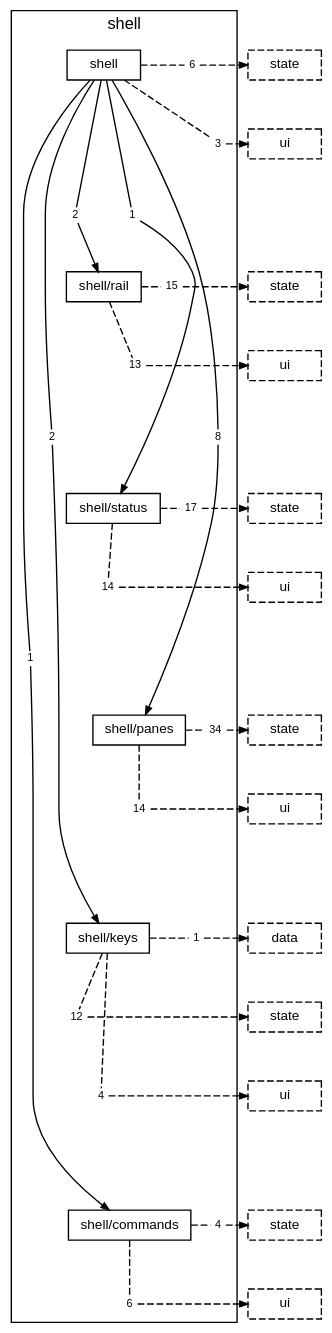
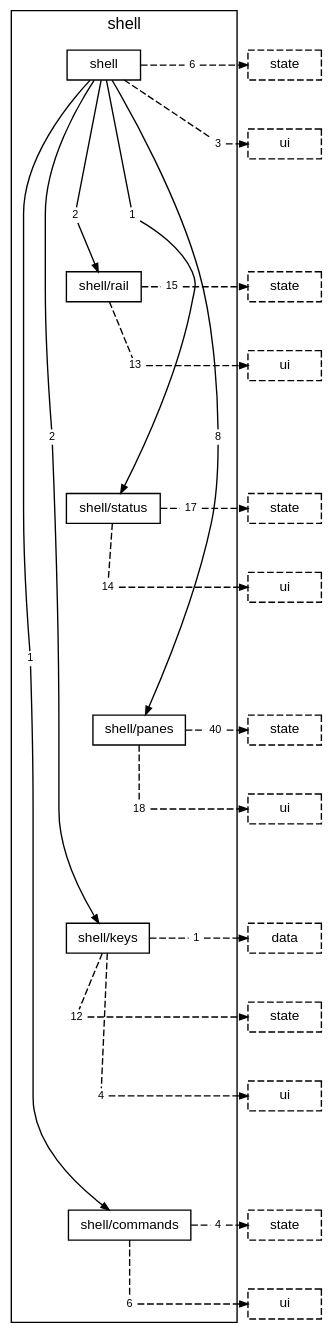
The diagram in docs/diagrams/layer-shell.dot (TheAxeC/oculus), drawn with Graphviz before and after one commit. The commit also changed 169 other files, not shown here.

```diff
--- a/docs/diagrams/layer-shell.dot
+++ b/docs/diagrams/layer-shell.dot
@@ -1,99 +1,99 @@
 digraph layer_shell {
-    graph [bgcolor="transparent", rankdir=TB, newrank=true, fontname="Helvetica,Arial,sans-serif", fontsize=12, nodesep=0.2, ranksep=0.5];
+    graph [bgcolor="transparent", rankdir=TB, newrank=true, mclimit=4, fontname="Helvetica,Arial,sans-serif", fontsize=12, nodesep=0.2, ranksep=0.5];
     node [shape=box, color="black", fontcolor="black", fontname="Helvetica,Arial,sans-serif", fontsize=10, height=0.3, margin="0.12,0.04"];
     edge [color="black", fontcolor="black", fontname="Helvetica,Arial,sans-serif", fontsize=8, arrowsize=0.6];
     subgraph "cluster_shell" {
         label="shell"; style=solid;
         "folder shell" [label="shell"];
         "folder shell/rail" [label="shell/rail"];
         "folder shell/status" [label="shell/status"];
         "folder shell/panes" [label="shell/panes"];
         "folder shell/keys" [label="shell/keys"];
         "folder shell/commands" [label="shell/commands"];
         "folder shell to folder shell/commands" [label="1", shape=box, color="transparent", fontsize=8, width=0, height=0, margin="0.04,0.02"];
         "folder shell to folder shell/keys" [label="2", shape=box, color="transparent", fontsize=8, width=0, height=0, margin="0.04,0.02"];
         "folder shell to folder shell/panes" [label="8", shape=box, color="transparent", fontsize=8, width=0, height=0, margin="0.04,0.02"];
         "folder shell to folder shell/rail" [label="2", shape=box, color="transparent", fontsize=8, width=0, height=0, margin="0.04,0.02"];
         "folder shell to folder shell/status" [label="1", shape=box, color="transparent", fontsize=8, width=0, height=0, margin="0.04,0.02"];
         "folder shell to layer state" [label="6", shape=box, color="transparent", fontsize=8, width=0, height=0, margin="0.04,0.02"];
         "folder shell to layer ui" [label="3", shape=box, color="transparent", fontsize=8, width=0, height=0, margin="0.04,0.02"];
         "folder shell/rail to layer state" [label="15", shape=box, color="transparent", fontsize=8, width=0, height=0, margin="0.04,0.02"];
         "folder shell/rail to layer ui" [label="13", shape=box, color="transparent", fontsize=8, width=0, height=0, margin="0.04,0.02"];
         "folder shell/status to layer state" [label="17", shape=box, color="transparent", fontsize=8, width=0, height=0, margin="0.04,0.02"];
         "folder shell/status to layer ui" [label="14", shape=box, color="transparent", fontsize=8, width=0, height=0, margin="0.04,0.02"];
-        "folder shell/panes to layer state" [label="34", shape=box, color="transparent", fontsize=8, width=0, height=0, margin="0.04,0.02"];
-        "folder shell/panes to layer ui" [label="14", shape=box, color="transparent", fontsize=8, width=0, height=0, margin="0.04,0.02"];
+        "folder shell/panes to layer state" [label="40", shape=box, color="transparent", fontsize=8, width=0, height=0, margin="0.04,0.02"];
+        "folder shell/panes to layer ui" [label="18", shape=box, color="transparent", fontsize=8, width=0, height=0, margin="0.04,0.02"];
         "folder shell/keys to layer data" [label="1", shape=box, color="transparent", fontsize=8, width=0, height=0, margin="0.04,0.02"];
         "folder shell/keys to layer state" [label="12", shape=box, color="transparent", fontsize=8, width=0, height=0, margin="0.04,0.02"];
         "folder shell/keys to layer ui" [label="4", shape=box, color="transparent", fontsize=8, width=0, height=0, margin="0.04,0.02"];
         "folder shell/commands to layer state" [label="4", shape=box, color="transparent", fontsize=8, width=0, height=0, margin="0.04,0.02"];
         "folder shell/commands to layer ui" [label="6", shape=box, color="transparent", fontsize=8, width=0, height=0, margin="0.04,0.02"];
     }
     "layer state from folder shell" [label="state", style=dashed];
     "layer ui from folder shell" [label="ui", style=dashed];
     "layer state from folder shell/rail" [label="state", style=dashed];
     "layer ui from folder shell/rail" [label="ui", style=dashed];
     "layer state from folder shell/status" [label="state", style=dashed];
     "layer ui from folder shell/status" [label="ui", style=dashed];
     "layer state from folder shell/panes" [label="state", style=dashed];
     "layer ui from folder shell/panes" [label="ui", style=dashed];
     "layer data from folder shell/keys" [label="data", style=dashed];
     "layer state from folder shell/keys" [label="state", style=dashed];
     "layer ui from folder shell/keys" [label="ui", style=dashed];
     "layer state from folder shell/commands" [label="state", style=dashed];
     "layer ui from folder shell/commands" [label="ui", style=dashed];
     "folder shell" -> "folder shell/rail" [style=invis, weight=10, minlen=3];
     "folder shell/rail" -> "folder shell/status" [style=invis, weight=10, minlen=3];
     "folder shell/status" -> "folder shell/panes" [style=invis, weight=10, minlen=3];
     "folder shell/panes" -> "folder shell/keys" [style=invis, weight=10, minlen=3];
     "folder shell/keys" -> "folder shell/commands" [style=invis, weight=10, minlen=4];
     "folder shell" -> "folder shell to folder shell/commands" [arrowhead=none, minlen=8, weight=10];
     "folder shell to folder shell/commands" -> "folder shell/commands" [];
     "folder shell" -> "folder shell to folder shell/keys" [arrowhead=none, minlen=5, weight=10];
     "folder shell to folder shell/keys" -> "folder shell/keys" [];
     "folder shell" -> "folder shell to folder shell/panes" [arrowhead=none, minlen=5, weight=10];
     "folder shell to folder shell/panes" -> "folder shell/panes" [];
     "folder shell" -> "folder shell to folder shell/rail" [arrowhead=none, minlen=2, weight=10];
     "folder shell to folder shell/rail" -> "folder shell/rail" [];
     "folder shell" -> "folder shell to folder shell/status" [arrowhead=none, minlen=2, weight=10];
     "folder shell to folder shell/status" -> "folder shell/status" [];
     "folder shell" -> "folder shell to layer state" [arrowhead=none, style=dashed];
     "folder shell to layer state" -> "layer state from folder shell" [style=dashed];
     { rank=same; "folder shell"; "folder shell to layer state"; "layer state from folder shell"; }
     "folder shell" -> "folder shell to layer ui" [arrowhead=none, style=dashed, minlen=1, weight=10];
     "folder shell to layer ui" -> "layer ui from folder shell" [style=dashed];
     { rank=same; "folder shell to layer ui"; "layer ui from folder shell"; }
     "folder shell/rail" -> "folder shell/rail to layer state" [arrowhead=none, style=dashed];
     "folder shell/rail to layer state" -> "layer state from folder shell/rail" [style=dashed];
     { rank=same; "folder shell/rail"; "folder shell/rail to layer state"; "layer state from folder shell/rail"; }
     "folder shell/rail" -> "folder shell/rail to layer ui" [arrowhead=none, style=dashed, minlen=1, weight=10];
     "folder shell/rail to layer ui" -> "layer ui from folder shell/rail" [style=dashed];
     { rank=same; "folder shell/rail to layer ui"; "layer ui from folder shell/rail"; }
     "folder shell/status" -> "folder shell/status to layer state" [arrowhead=none, style=dashed];
     "folder shell/status to layer state" -> "layer state from folder shell/status" [style=dashed];
     { rank=same; "folder shell/status"; "folder shell/status to layer state"; "layer state from folder shell/status"; }
     "folder shell/status" -> "folder shell/status to layer ui" [arrowhead=none, style=dashed, minlen=1, weight=10];
     "folder shell/status to layer ui" -> "layer ui from folder shell/status" [style=dashed];
     { rank=same; "folder shell/status to layer ui"; "layer ui from folder shell/status"; }
     "folder shell/panes" -> "folder shell/panes to layer state" [arrowhead=none, style=dashed];
     "folder shell/panes to layer state" -> "layer state from folder shell/panes" [style=dashed];
     { rank=same; "folder shell/panes"; "folder shell/panes to layer state"; "layer state from folder shell/panes"; }
     "folder shell/panes" -> "folder shell/panes to layer ui" [arrowhead=none, style=dashed, minlen=1, weight=10];
     "folder shell/panes to layer ui" -> "layer ui from folder shell/panes" [style=dashed];
     { rank=same; "folder shell/panes to layer ui"; "layer ui from folder shell/panes"; }
     "folder shell/keys" -> "folder shell/keys to layer data" [arrowhead=none, style=dashed];
     "folder shell/keys to layer data" -> "layer data from folder shell/keys" [style=dashed];
     { rank=same; "folder shell/keys"; "folder shell/keys to layer data"; "layer data from folder shell/keys"; }
     "folder shell/keys" -> "folder shell/keys to layer state" [arrowhead=none, style=dashed, minlen=1, weight=10];
     "folder shell/keys to layer state" -> "layer state from folder shell/keys" [style=dashed];
     { rank=same; "folder shell/keys to layer state"; "layer state from folder shell/keys"; }
     "folder shell/keys" -> "folder shell/keys to layer ui" [arrowhead=none, style=dashed, minlen=2, weight=10];
     "folder shell/keys to layer ui" -> "layer ui from folder shell/keys" [style=dashed];
     { rank=same; "folder shell/keys to layer ui"; "layer ui from folder shell/keys"; }
     "folder shell/commands" -> "folder shell/commands to layer state" [arrowhead=none, style=dashed];
     "folder shell/commands to layer state" -> "layer state from folder shell/commands" [style=dashed];
     { rank=same; "folder shell/commands"; "folder shell/commands to layer state"; "layer state from folder shell/commands"; }
     "folder shell/commands" -> "folder shell/commands to layer ui" [arrowhead=none, style=dashed, minlen=1, weight=10];
     "folder shell/commands to layer ui" -> "layer ui from folder shell/commands" [style=dashed];
     { rank=same; "folder shell/commands to layer ui"; "layer ui from folder shell/commands"; }
 }
```
